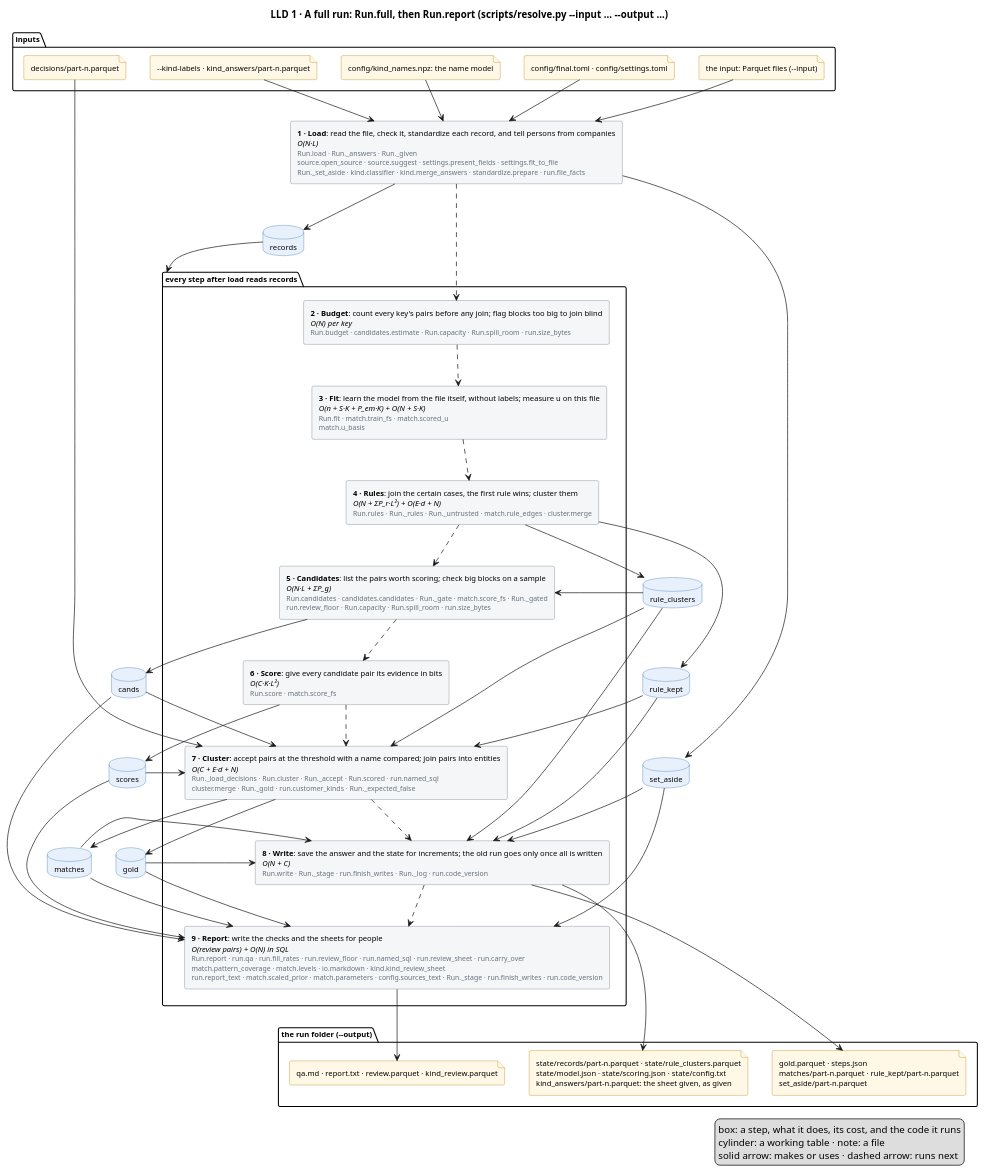
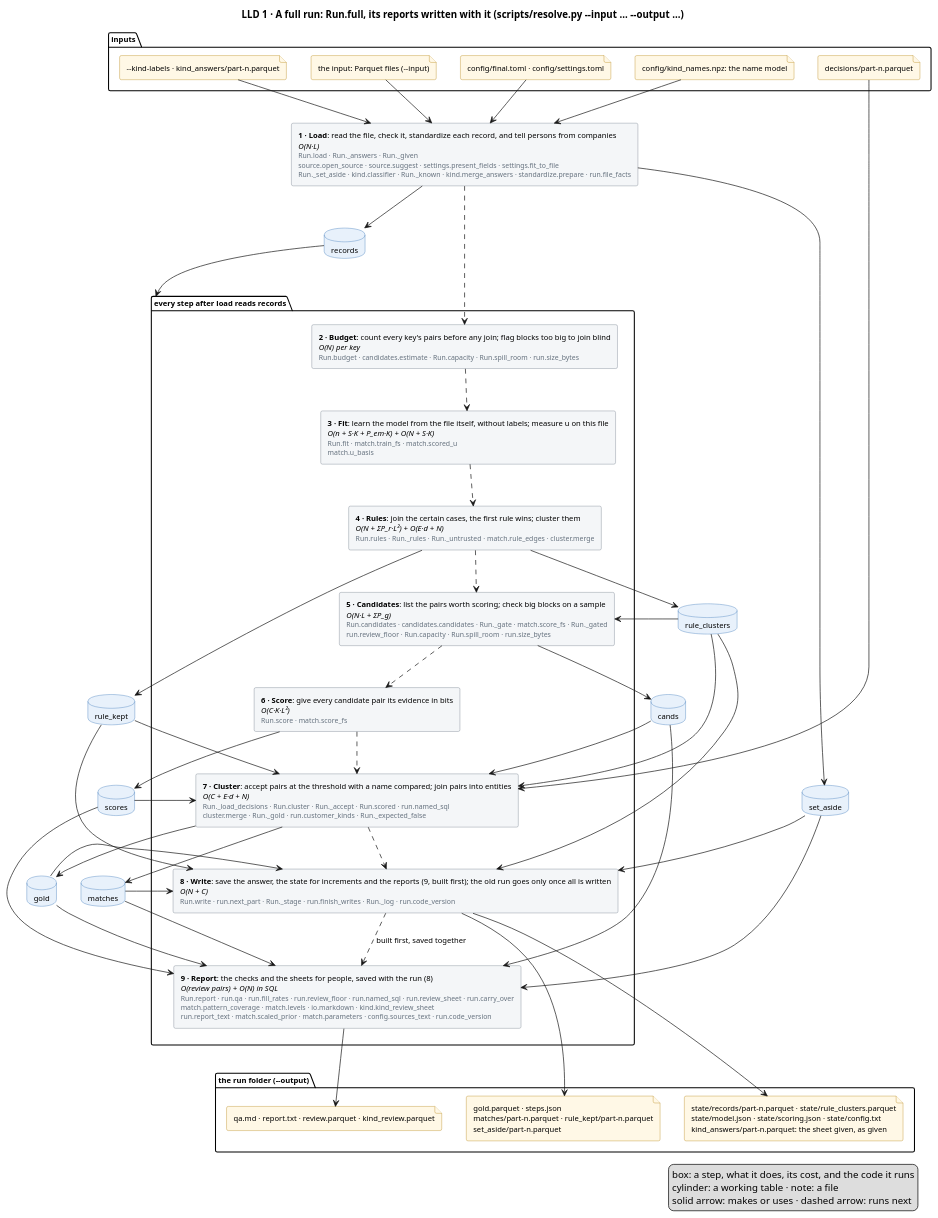
One commit to mvsbm/entity_matching changed the diagram in docs/diagrams/full-run.puml. Above: the diagram before and after it, drawn with PlantUML. The commit also changed 13 other files, not shown here.

First line of the commit message:
Fix the audit's six findings: kinds, answers, logs, reports, rule names

```diff
--- a/docs/diagrams/full-run.puml
+++ b/docs/diagrams/full-run.puml
@@ -1,100 +1,100 @@
 @startuml full-run
-title LLD 1 · A full run: Run.full, then Run.report (scripts/resolve.py ~--input … ~--output …)
+title LLD 1 · A full run: Run.full, its reports written with it (scripts/resolve.py ~--input … ~--output …)
 skinparam defaultFontSize 11
 skinparam rectangle {
   BackgroundColor #F4F6F8
   BorderColor #65717E
 }
 skinparam database {
   BackgroundColor #E8F1FB
   BorderColor #2C6DB3
 }
 skinparam file {
   BackgroundColor #FFF8E6
   BorderColor #B07D00
 }
 
 package "inputs" {
   file "the input: Parquet files (~--input)" as f_input
   file "config/final.toml · config/settings.toml" as f_config
   file "config/kind_names.npz: the name model" as f_names
   file "~--kind-labels · kind_answers/part-n.parquet" as f_answers
   file "decisions/part-n.parquet" as f_decisions
 }
 
 
-rectangle "<b>1 · Load</b>: read the file, check it, standardize each record, and tell persons from companies\n<i>O(N·L)</i>\n<size:10><color:#65717E>Run.load · Run._answers · Run._given</color></size>\n<size:10><color:#65717E>source.open_source · source.suggest · settings.present_fields · settings.fit_to_file</color></size>\n<size:10><color:#65717E>Run._set_aside · kind.classifier · kind.merge_answers · standardize.prepare · run.file_facts</color></size>" as load
+rectangle "<b>1 · Load</b>: read the file, check it, standardize each record, and tell persons from companies\n<i>O(N·L)</i>\n<size:10><color:#65717E>Run.load · Run._answers · Run._given</color></size>\n<size:10><color:#65717E>source.open_source · source.suggest · settings.present_fields · settings.fit_to_file</color></size>\n<size:10><color:#65717E>Run._set_aside · kind.classifier · Run._known · kind.merge_answers · standardize.prepare · run.file_facts</color></size>" as load
 package "every step after load reads records" as after_load {
   rectangle "<b>2 · Budget</b>: count every key's pairs before any join; flag blocks too big to join blind\n<i>O(N) per key</i>\n<size:10><color:#65717E>Run.budget · candidates.estimate · Run.capacity · Run.spill_room · run.size_bytes</color></size>" as budget
   rectangle "<b>3 · Fit</b>: learn the model from the file itself, without labels; measure u on this file\n<i>O(n + S·K + P_em·K) + O(N + S·K)</i>\n<size:10><color:#65717E>Run.fit · match.train_fs · match.scored_u</color></size>\n<size:10><color:#65717E>match.u_basis</color></size>" as fit
   rectangle "<b>4 · Rules</b>: join the certain cases, the first rule wins; cluster them\n<i>O(N + ΣP_r·L²) + O(E·d + N)</i>\n<size:10><color:#65717E>Run.rules · Run._rules · Run._untrusted · match.rule_edges · cluster.merge</color></size>" as rules
   rectangle "<b>5 · Candidates</b>: list the pairs worth scoring; check big blocks on a sample\n<i>O(N·L + ΣP_g)</i>\n<size:10><color:#65717E>Run.candidates · candidates.candidates · Run._gate · match.score_fs · Run._gated</color></size>\n<size:10><color:#65717E>run.review_floor · Run.capacity · Run.spill_room · run.size_bytes</color></size>" as candidates
   rectangle "<b>6 · Score</b>: give every candidate pair its evidence in bits\n<i>O(C·K·L²)</i>\n<size:10><color:#65717E>Run.score · match.score_fs</color></size>" as score
   rectangle "<b>7 · Cluster</b>: accept pairs at the threshold with a name compared; join pairs into entities\n<i>O(C + E·d + N)</i>\n<size:10><color:#65717E>Run._load_decisions · Run.cluster · Run._accept · Run.scored · run.named_sql</color></size>\n<size:10><color:#65717E>cluster.merge · Run._gold · run.customer_kinds · Run._expected_false</color></size>" as cluster
-  rectangle "<b>8 · Write</b>: save the answer and the state for increments; the old run goes only once all is written\n<i>O(N + C)</i>\n<size:10><color:#65717E>Run.write · Run._stage · run.finish_writes · Run._log · run.code_version</color></size>" as write
-  rectangle "<b>9 · Report</b>: write the checks and the sheets for people\n<i>O(review pairs) + O(N) in SQL</i>\n<size:10><color:#65717E>Run.report · run.qa · run.fill_rates · run.review_floor · run.named_sql · run.review_sheet · run.carry_over</color></size>\n<size:10><color:#65717E>match.pattern_coverage · match.levels · io.markdown · kind.kind_review_sheet</color></size>\n<size:10><color:#65717E>run.report_text · match.scaled_prior · match.parameters · config.sources_text · Run._stage · run.finish_writes · run.code_version</color></size>" as report
+  rectangle "<b>8 · Write</b>: save the answer, the state for increments and the reports (9, built first); the old run goes only once all is written\n<i>O(N + C)</i>\n<size:10><color:#65717E>Run.write · run.next_part · Run._stage · run.finish_writes · Run._log · run.code_version</color></size>" as write
+  rectangle "<b>9 · Report</b>: the checks and the sheets for people, saved with the run (8)\n<i>O(review pairs) + O(N) in SQL</i>\n<size:10><color:#65717E>Run.report · run.qa · run.fill_rates · run.review_floor · run.named_sql · run.review_sheet · run.carry_over</color></size>\n<size:10><color:#65717E>match.pattern_coverage · match.levels · io.markdown · kind.kind_review_sheet</color></size>\n<size:10><color:#65717E>run.report_text · match.scaled_prior · match.parameters · config.sources_text · run.code_version</color></size>" as report
 }
 database "records" as records
 database "set_aside" as set_aside
 database "rule_clusters" as rule_clusters
 database "rule_kept" as rule_kept
 database "cands" as cands
 database "scores" as scores
 database "matches" as matches
 database "gold" as gold
 
 package "the run folder (~--output)" {
   file "gold.parquet · steps.json\nmatches/part-n.parquet · rule_kept/part-n.parquet\nset_aside/part-n.parquet" as f_out
   file "state/records/part-n.parquet · state/rule_clusters.parquet\nstate/model.json · state/scoring.json · state/config.txt\nkind_answers/part-n.parquet: the sheet given, as given" as f_state
   file "qa.md · report.txt · review.parquet · kind_review.parquet" as f_people
 }
 
 f_input --> load
 f_config --> load
 f_names --> load
 f_answers --> load
 f_decisions --> cluster
 
 load ..> budget
 budget ..> fit
 fit ..> rules
 rules ..> candidates
 candidates ..> score
 score ..> cluster
 cluster ..> write
-write ..> report
+write ..> report : built first, saved together
 
 load --> records
 load --> set_aside
 records --> after_load
 rules --> rule_clusters
 rules --> rule_kept
 rule_clusters --> candidates
 rule_clusters --> cluster
 rule_clusters --> write
 rule_kept --> cluster
 rule_kept --> write
 candidates --> cands
 cands --> cluster
 cands --> report
 score --> scores
 scores --> cluster
 scores --> report
 cluster --> matches
 cluster --> gold
 matches --> write
 matches --> report
 gold --> write
 gold --> report
 set_aside --> write
 set_aside --> report
 
 write --> f_out
 write --> f_state
 report --> f_people
 legend right
   box: a step, what it does, its cost, and the code it runs
   cylinder: a working table · note: a file
   solid arrow: makes or uses · dashed arrow: runs next
 endlegend
 @enduml
```
